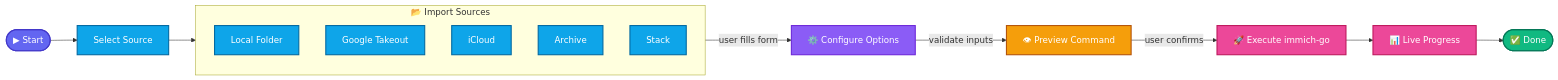
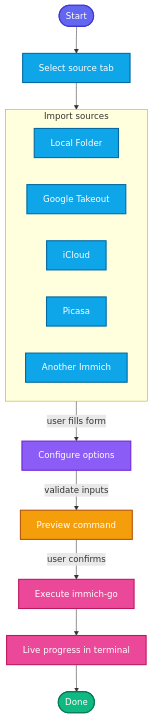
One commit to JESIII/immich-go-gui changed the diagram in docs/user-guide/choose-your-workflow.md. Above: the diagram before and after it, drawn with Mermaid. The commit also changed 23 other files, not shown here.

````diff
--- a/docs/user-guide/choose-your-workflow.md
+++ b/docs/user-guide/choose-your-workflow.md
@@ -7,34 +7,35 @@
 ```mermaid
-flowchart LR
+flowchart TB
     classDef startEnd fill:#6366f1,stroke:#4338ca,color:#fff,stroke-width:2px
     classDef source fill:#0ea5e9,stroke:#0369a1,color:#fff,stroke-width:2px
     classDef config fill:#8b5cf6,stroke:#6d28d9,color:#fff,stroke-width:2px
     classDef preview fill:#f59e0b,stroke:#b45309,color:#fff,stroke-width:2px
     classDef run fill:#ec4899,stroke:#be185d,color:#fff,stroke-width:2px
     classDef done fill:#10b981,stroke:#047857,color:#fff,stroke-width:2px
 
-    Start([▶ Start]):::startEnd
-    Select[Select Source]:::source
+    Start([Start]):::startEnd
+    Select[Select source tab]:::source
 
-    subgraph Sources["📂 Import Sources"]
+    subgraph Sources["Import sources"]
+        direction LR
         Folder[Local Folder]:::source
         Takeout[Google Takeout]:::source
         iCloud[iCloud]:::source
-        Archive[Archive]:::source
-        Stack[Stack]:::source
+        Picasa[Picasa]:::source
+        ImmichSrc[Another Immich]:::source
     end
 
-    Configure[⚙️ Configure Options]:::config
-    Preview[👁 Preview Command]:::preview
-    Run[🚀 Execute immich-go]:::run
-    Progress[📊 Live Progress]:::run
-    Done([✅ Done]):::done
+    Configure[Configure options]:::config
+    Preview[Preview command]:::preview
+    Run[Execute immich-go]:::run
+    Progress[Live progress in terminal]:::run
+    Done([Done]):::done
 
     Start --> Select
     Select --> Sources
     Sources -->|user fills form| Configure
     Configure -->|validate inputs| Preview
     Preview -->|user confirms| Run
     Run --> Progress
     Progress --> Done
 ```
````
